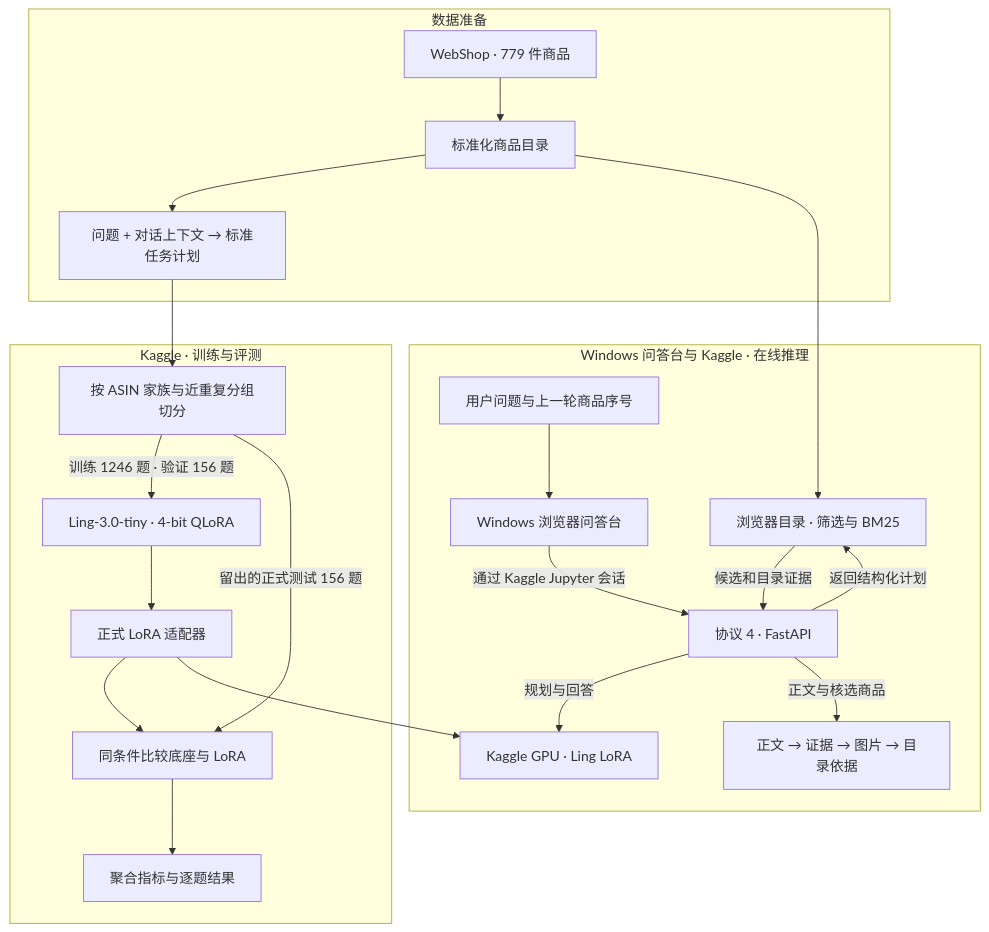
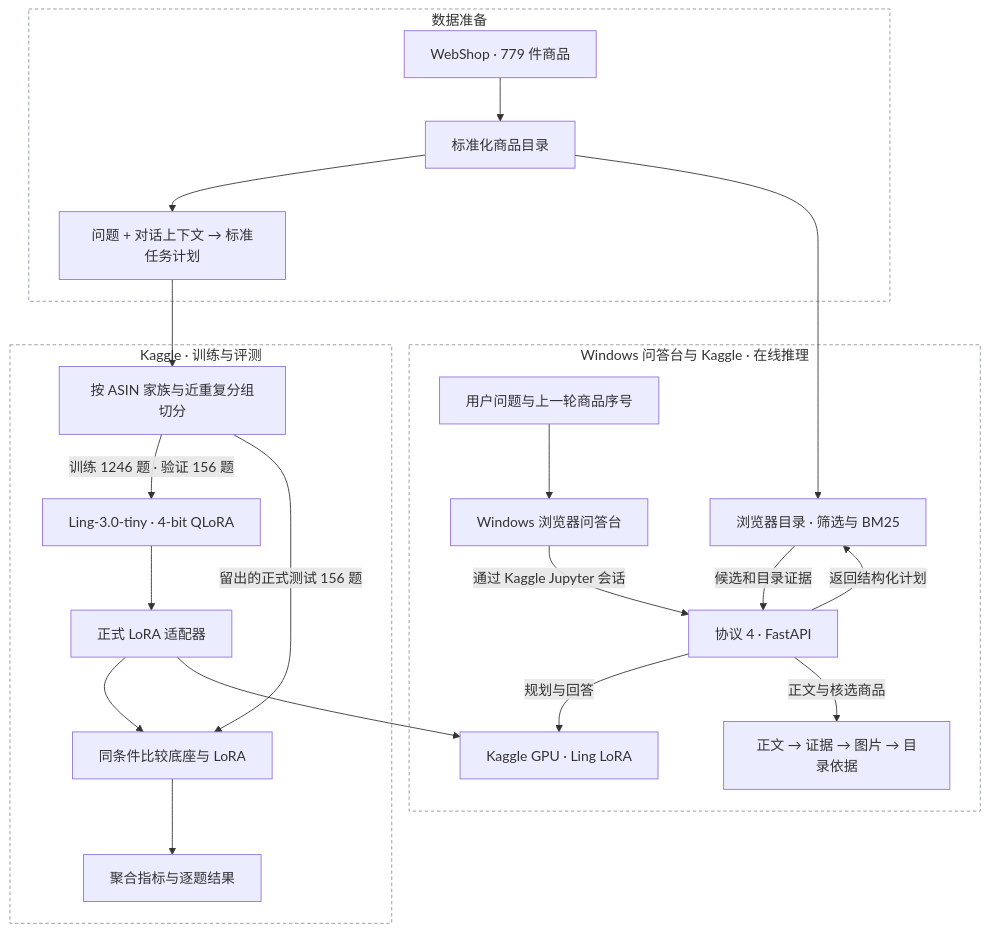
Before and after one commit to AaronYue77/webshop-ling-rag: the first of 2 diagrams in README.md, drawn with Mermaid.

Commit message:
Use transparent groups in the system architecture diagram

````diff
--- a/README.md
+++ b/README.md
@@ -62,29 +62,33 @@
 ```mermaid
 flowchart TD
   subgraph DATA["数据准备"]
     SOURCE["WebShop · 779 件商品"] --> CATALOG["标准化商品目录"]
     CATALOG --> SFT["问题 + 对话上下文 → 标准任务计划"]
   end
 
   subgraph OFFLINE["Kaggle · 训练与评测"]
     SPLIT["按 ASIN 家族与近重复分组切分"]
     SPLIT -->|训练 1246 题 · 验证 156 题| TRAIN["Ling-3.0-tiny · 4-bit QLoRA"]
     TRAIN --> ADAPTER["正式 LoRA 适配器"]
     SPLIT -->|留出的正式测试 156 题| EVAL["同条件比较底座与 LoRA"]
     ADAPTER --> EVAL
     EVAL --> REPORT["聚合指标与逐题结果"]
   end
 
   subgraph ONLINE["Windows 问答台与 Kaggle · 在线推理"]
     USER["用户问题与上一轮商品序号"] --> UI["Windows 浏览器问答台"]
     UI -->|通过 Kaggle Jupyter 会话| API["协议 4 · FastAPI"]
     API -->|规划与回答| LING["Kaggle GPU · Ling LoRA"]
     API -->|返回结构化计划| SEARCH["浏览器目录 · 筛选与 BM25"]
     SEARCH -->|候选和目录证据| API
     API -->|正文与核选商品| VIEW["正文 → 证据 → 图片 → 目录依据"]
   end
 
   SFT --> SPLIT
   CATALOG --> SEARCH
   ADAPTER --> LING
+
+  style DATA fill:none,stroke:#8b949e,stroke-dasharray:4 3
+  style OFFLINE fill:none,stroke:#8b949e,stroke-dasharray:4 3
+  style ONLINE fill:none,stroke:#8b949e,stroke-dasharray:4 3
 ```
````
